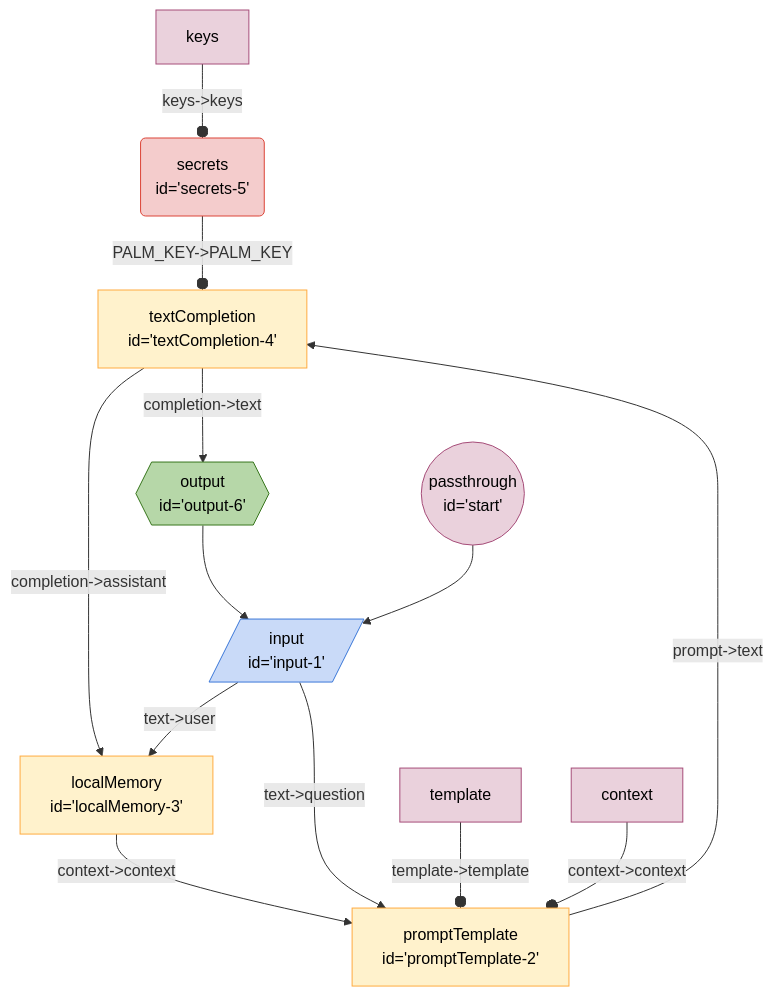
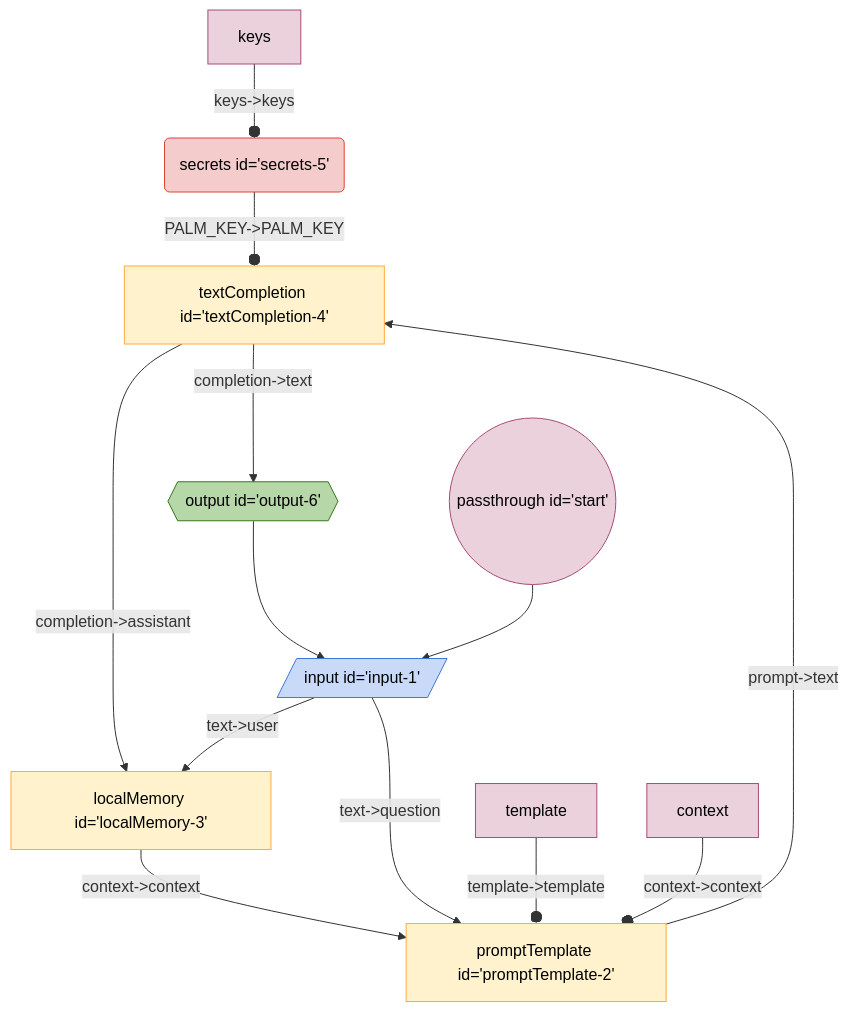
The diagram in seeds/graph-playground/docs/graphs/accumulating-context.md (breadboard-ai/breadboard), drawn with Mermaid before and after one commit. The commit also changed 17 other files, not shown here.

Commit message:
nit: remove extranous line break in mermaid sources

````diff
--- a/seeds/graph-playground/docs/graphs/accumulating-context.md
+++ b/seeds/graph-playground/docs/graphs/accumulating-context.md
@@ -5,42 +5,24 @@
   ```mermaid
   %%{init: 'themeVariables': { 'fontFamily': 'Fira Code, monospace' }}%%
 graph TD;
-secrets5("secrets
-id='secrets-5'"):::secrets -- "PALM_KEY->PALM_KEY" --o textCompletion4["textCompletion
-id='textCompletion-4'"]
-localMemory3["localMemory
-id='localMemory-3'"] -- "context->context" --> promptTemplate2["promptTemplate
-id='promptTemplate-2'"]
-textCompletion4["textCompletion
-id='textCompletion-4'"] -- "completion->assistant" --> localMemory3["localMemory
-id='localMemory-3'"]
-output6{{"output
-id='output-6'"}}:::output --> input1[/"input
-id='input-1'"/]:::input
-textCompletion4["textCompletion
-id='textCompletion-4'"] -- "completion->text" --> output6{{"output
-id='output-6'"}}:::output
-promptTemplate2["promptTemplate
-id='promptTemplate-2'"] -- "prompt->text" --> textCompletion4["textCompletion
-id='textCompletion-4'"]
-input1[/"input
-id='input-1'"/]:::input -- "text->question" --> promptTemplate2["promptTemplate
-id='promptTemplate-2'"]
-input1[/"input
-id='input-1'"/]:::input -- "text->user" --> localMemory3["localMemory
-id='localMemory-3'"]
-start(("passthrough
-id='start'")):::passthrough --> input1[/"input
-id='input-1'"/]:::input
+secrets5("secrets id='secrets-5'"):::secrets -- "PALM_KEY->PALM_KEY" --o textCompletion4["textCompletion id='textCompletion-4'"]
+localMemory3["localMemory id='localMemory-3'"] -- "context->context" --> promptTemplate2["promptTemplate id='promptTemplate-2'"]
+textCompletion4["textCompletion id='textCompletion-4'"] -- "completion->assistant" --> localMemory3["localMemory id='localMemory-3'"]
+output6{{"output id='output-6'"}}:::output --> input1[/"input id='input-1'"/]:::input
+textCompletion4["textCompletion id='textCompletion-4'"] -- "completion->text" --> output6{{"output id='output-6'"}}:::output
+promptTemplate2["promptTemplate id='promptTemplate-2'"] -- "prompt->text" --> textCompletion4["textCompletion id='textCompletion-4'"]
+input1[/"input id='input-1'"/]:::input -- "text->question" --> promptTemplate2["promptTemplate id='promptTemplate-2'"]
+input1[/"input id='input-1'"/]:::input -- "text->user" --> localMemory3["localMemory id='localMemory-3'"]
+start(("passthrough id='start'")):::passthrough --> input1[/"input id='input-1'"/]:::input
 templatepromptTemplate2[template]:::config -- "template->template" --o promptTemplate2
 contextpromptTemplate2[context]:::config -- "context->context" --o promptTemplate2
 keyssecrets5[keys]:::config -- "keys->keys" --o secrets5
 classDef default stroke:#ffab40,fill:#fff2ccff,color:#000
 classDef input stroke:#3c78d8,fill:#c9daf8ff,color:#000
 classDef output stroke:#38761d,fill:#b6d7a8ff,color:#000
 classDef passthrough stroke:#a64d79,fill:#ead1dcff,color:#000
 classDef slot stroke:#a64d79,fill:#ead1dcff,color:#000
 classDef config stroke:#a64d79,fill:#ead1dcff,color:#000
 classDef secrets stroke:#db4437,fill:#f4cccc,color:#000
 classDef slotted stroke:#a64d79
   ```
````
